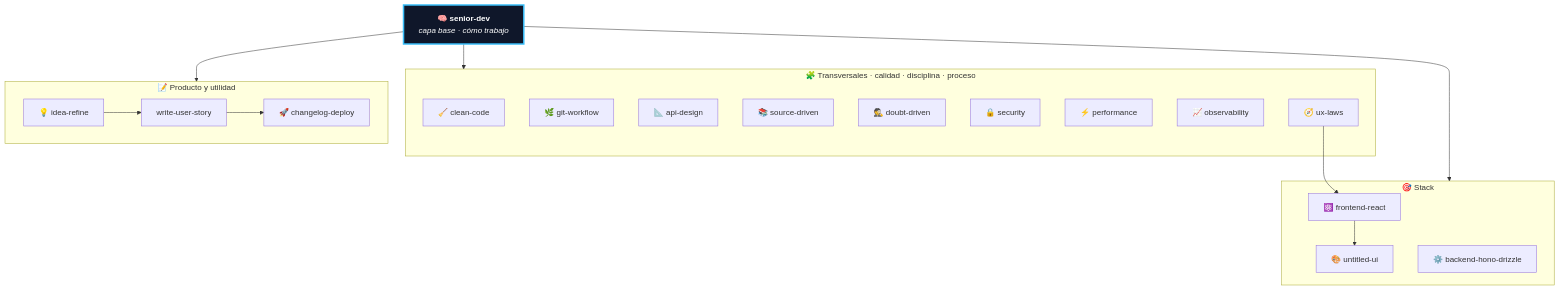
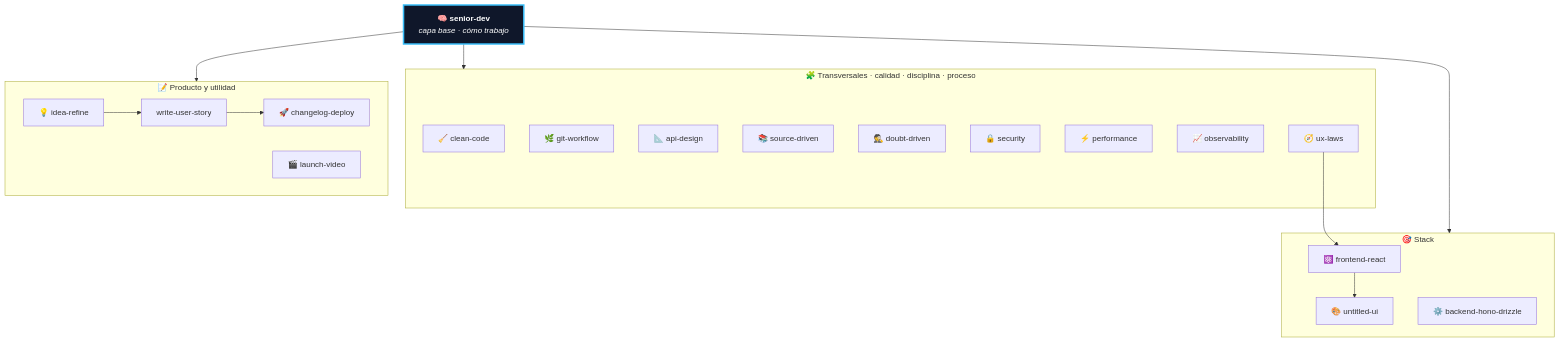
The diagram in README.md (ErickEcheverria/eecheverria-skills), drawn with Mermaid before and after one commit. The commit also changed other lines of this file and 3 other files, not shown here.

First line of the commit message:
chore(plugin): integra launch-video al catálogo y sube a 1.2.0

````diff
--- a/README.md
+++ b/README.md
@@ -22,38 +22,39 @@
 ```mermaid
 flowchart TD
     SD["🧠 <b>senior-dev</b><br/><i>capa base · cómo trabajo</i>"]:::base
 
     subgraph T["🧩 Transversales · calidad · disciplina · proceso"]
         CC["🧹 clean-code"]
         GW["🌿 git-workflow"]
         AD["📐 api-design"]
         SR["📚 source-driven"]
         DD["🕵️ doubt-driven"]
         SEC["🔒 security"]
         PERF["⚡ performance"]
         OBS["📈 observability"]
         UXL["🧭 ux-laws"]
     end
 
     subgraph S["🎯 Stack"]
         RE["⚛️ frontend-react"]
         UUI["🎨 untitled-ui"]
         HN["⚙️ backend-hono-drizzle"]
         RE --> UUI
     end
 
     subgraph U["📝 Producto y utilidad"]
         IR["💡 idea-refine"]
         US["write-user-story"]
         CD["🚀 changelog-deploy"]
+        LV["🎬 launch-video"]
         IR --> US
         US --> CD
     end
 
     SD --> T
     SD --> S
     SD --> U
     UXL --> RE
 
     classDef base fill:#0f172a,stroke:#38bdf8,stroke-width:3px,color:#fff;
 ```
````
